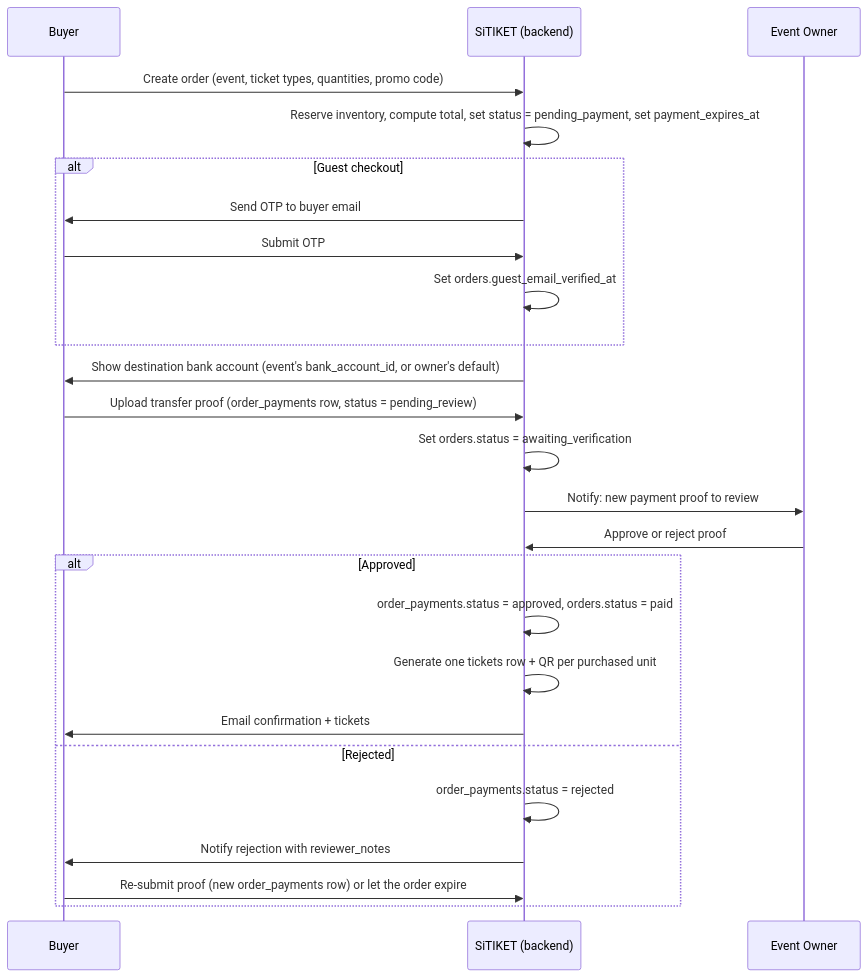
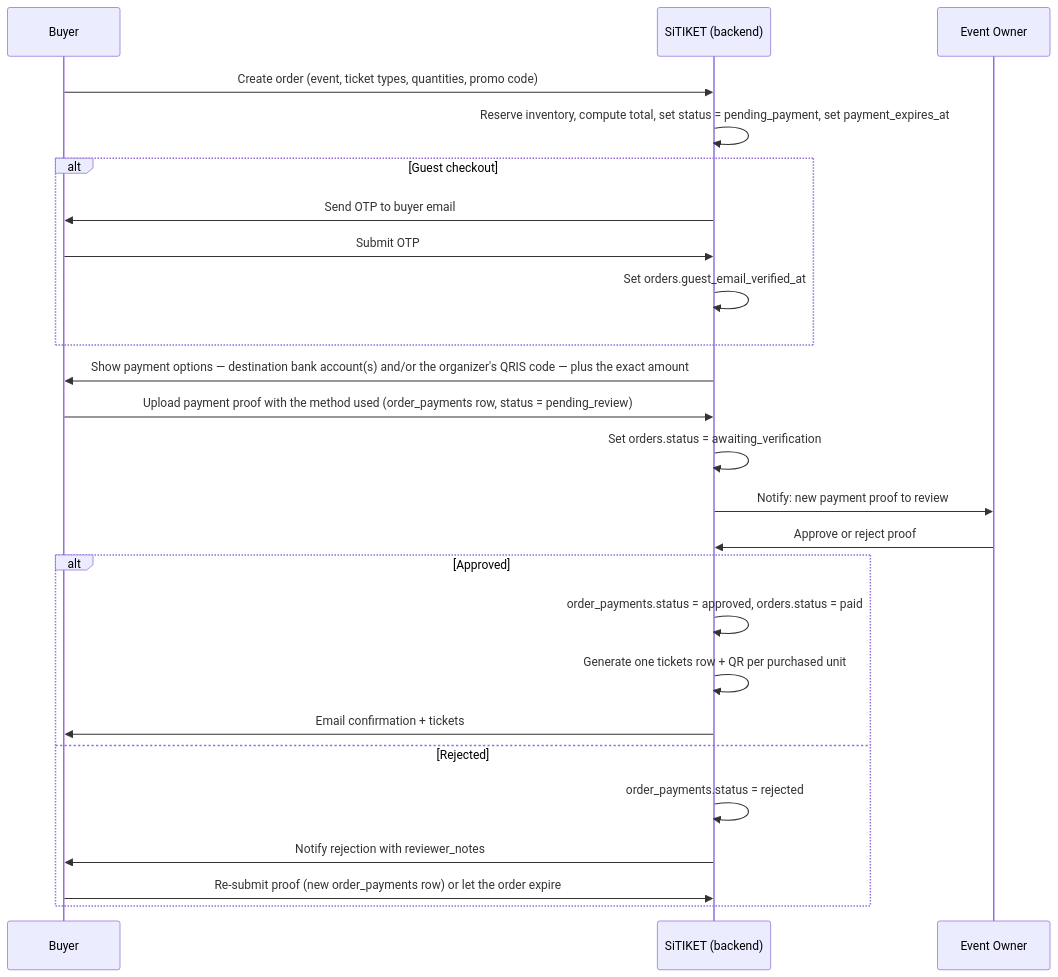
One commit to rendyrey/sitiket changed the diagram in docs/business/PAYMENT_VERIFICATION.md. Above: the diagram before and after it, drawn with Mermaid. The commit also changed other lines of this file and 38 other files, not shown here.

First line of the commit message:
feat(payments,email): QRIS payment option + per-organizer outbound email

````diff
--- a/docs/business/PAYMENT_VERIFICATION.md
+++ b/docs/business/PAYMENT_VERIFICATION.md
@@ -17,28 +17,28 @@
 ```mermaid
 sequenceDiagram
     participant B as Buyer
     participant S as SiTIKET (backend)
     participant O as Event Owner
 
     B->>S: Create order (event, ticket types, quantities, promo code)
     S->>S: Reserve inventory, compute total, set status = pending_payment, set payment_expires_at
     alt Guest checkout
         S->>B: Send OTP to buyer email
         B->>S: Submit OTP
         S->>S: Set orders.guest_email_verified_at
     end
-    S->>B: Show destination bank account (event's bank_account_id, or owner's default)
-    B->>S: Upload transfer proof (order_payments row, status = pending_review)
+    S->>B: Show payment options — destination bank account(s) and/or the organizer's QRIS code — plus the exact amount
+    B->>S: Upload payment proof with the method used (order_payments row, status = pending_review)
     S->>S: Set orders.status = awaiting_verification
     S->>O: Notify: new payment proof to review
     O->>S: Approve or reject proof
     alt Approved
         S->>S: order_payments.status = approved, orders.status = paid
         S->>S: Generate one tickets row + QR per purchased unit
         S->>B: Email confirmation + tickets
     else Rejected
         S->>S: order_payments.status = rejected
         S->>B: Notify rejection with reviewer_notes
         B->>S: Re-submit proof (new order_payments row) or let the order expire
     end
 ```
````
